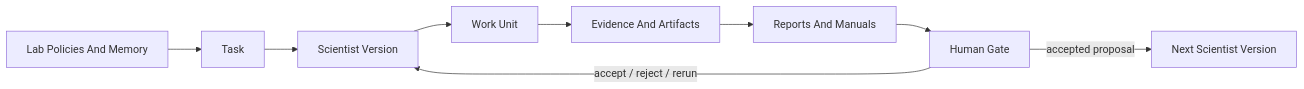
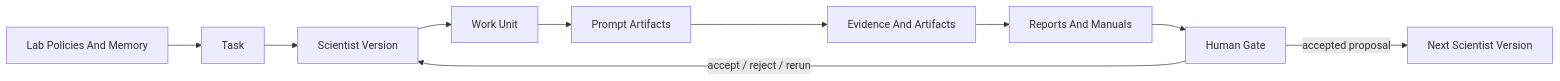
Before and after one commit to sungsoo-ahn/ai-lab: the first of 2 diagrams in docs/system/architecture.md, drawn with Mermaid. The commit also changed other lines of this file and 16 other files, not shown here.

````diff
--- a/docs/system/architecture.md
+++ b/docs/system/architecture.md
@@ -7,11 +7,12 @@
 ```mermaid
 flowchart LR
   L[Lab Policies And Memory] --> T[Task]
   T --> S[Scientist Version]
   S --> W[Work Unit]
-  W --> E[Evidence And Artifacts]
+  W --> P[Prompt Artifacts]
+  P --> E[Evidence And Artifacts]
   E --> R[Reports And Manuals]
   R --> G[Human Gate]
   G -->|accept / reject / rerun| S
   G -->|accepted proposal| N[Next Scientist Version]
 ```
````
